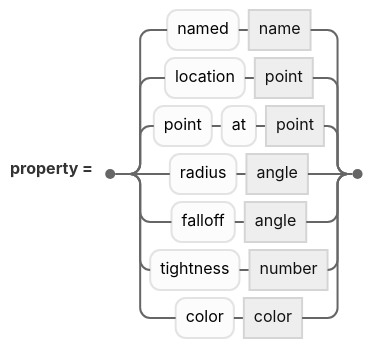
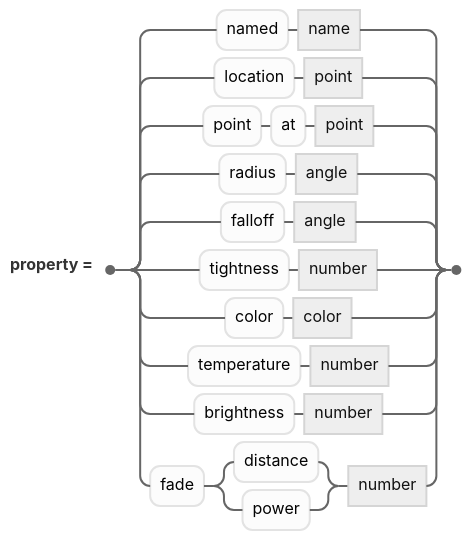
Before and after one commit to jskress/RayTracer: the diagram in docs/diagrams/lights/spotLight.mmd, drawn with Mermaid (neutral theme). The commit also changed 62 other files, not shown here.

First line of the commit message:
A syntax diagram for every block

```diff
--- a/docs/diagrams/lights/spotLight.mmd
+++ b/docs/diagrams/lights/spotLight.mmd
@@ -1,5 +1,7 @@
 railroad-ebnf-beta
 title "Spotlight properties"
 
 property = "named" name | "location" point | "point" "at" point
-         | "radius" angle | "falloff" angle | "tightness" number | "color" color ;
+         | "radius" angle | "falloff" angle | "tightness" number
+         | "color" color | "temperature" number | "brightness" number
+         | "fade" ( "distance" | "power" ) number ;
```
